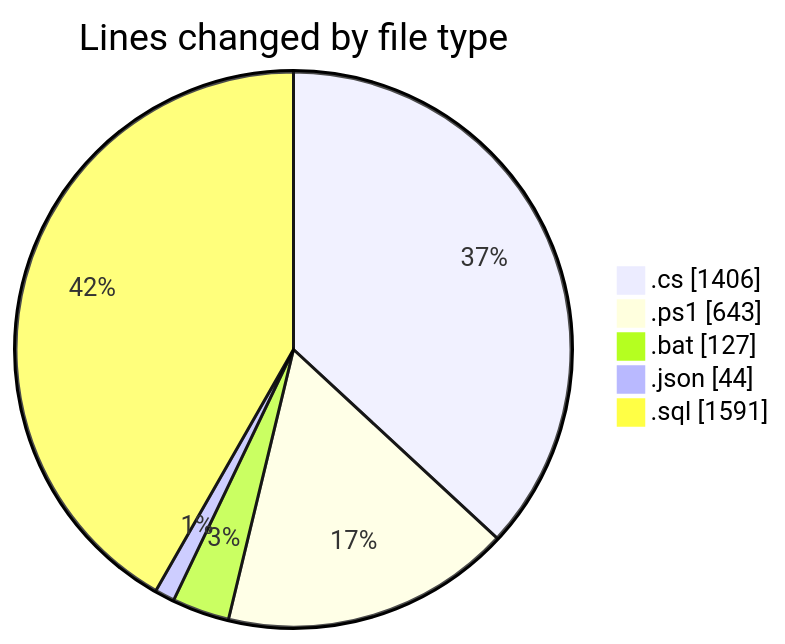
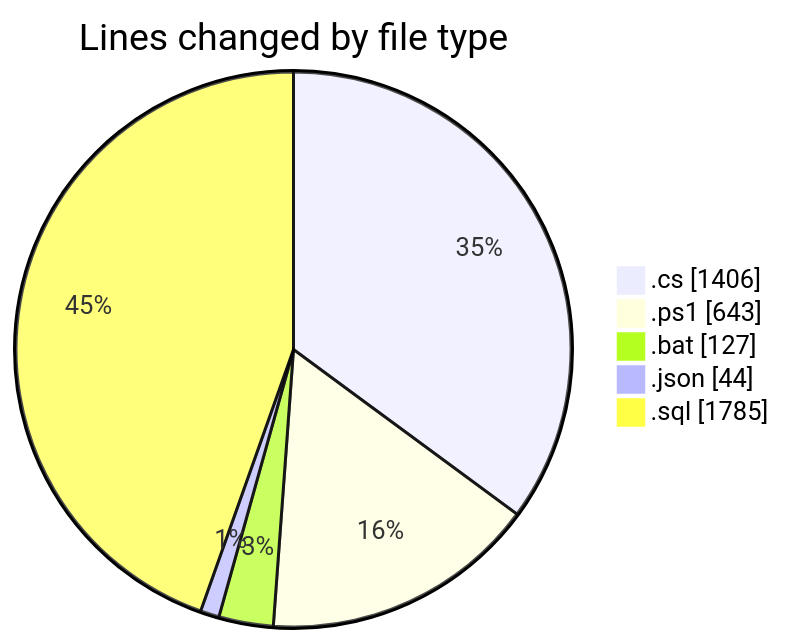
The first of 2 diagrams in 2025-07-28/quanlyrapchieuphim-2/README.md (lephambinh05/code-tracking), drawn with Mermaid before and after one commit. The commit also changed other lines of this file and 1 other file, not shown here.

````diff
--- a/2025-07-28/quanlyrapchieuphim-2/README.md
+++ b/2025-07-28/quanlyrapchieuphim-2/README.md
@@ -39,9 +40,9 @@
 ```mermaid
 pie showData
 title Lines changed by file type
 ".cs" : 1406
 ".ps1" : 643
 ".bat" : 127
 ".json" : 44
-".sql" : 1591
+".sql" : 1785
 ```
````
